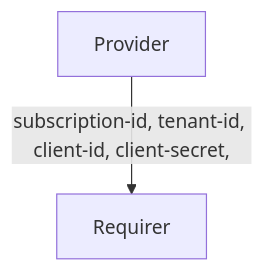
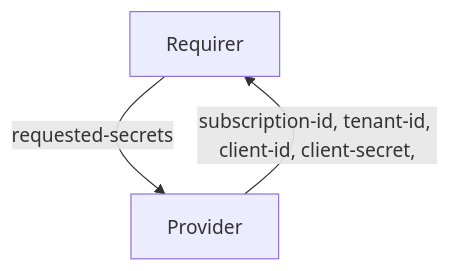
Before and after one commit to canonical/charm-relation-interfaces: the diagram in interfaces/azure_service_principal/v0/README.md, drawn with Mermaid. The commit also changed other lines of this file, not shown here.

````diff
--- a/interfaces/azure_service_principal/v0/README.md
+++ b/interfaces/azure_service_principal/v0/README.md
@@ -9,4 +11,5 @@
 ```mermaid
 flowchart TD
+    Requirer -- requested-secrets --> Provider
     Provider -- subscription-id, tenant-id, client-id, client-secret, --> Requirer
 ```
````
